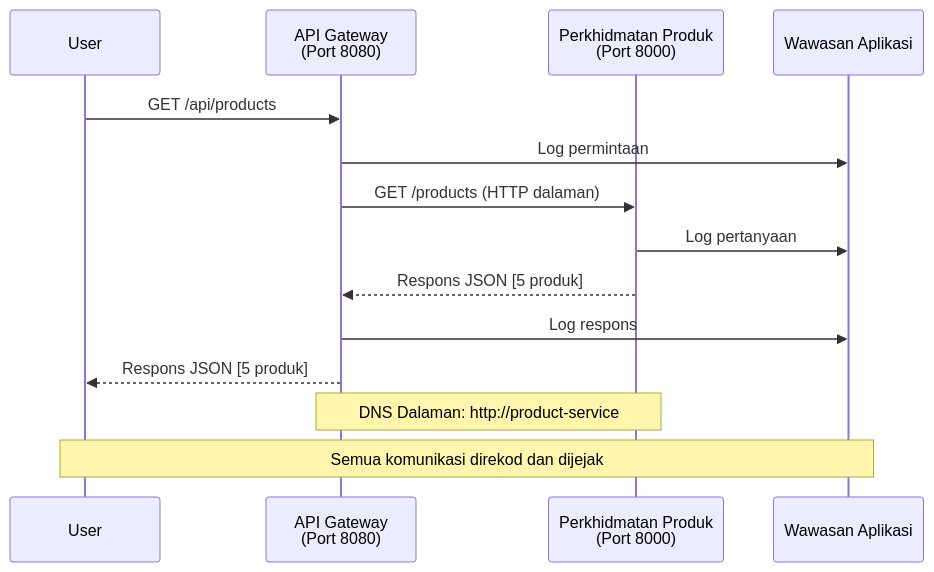
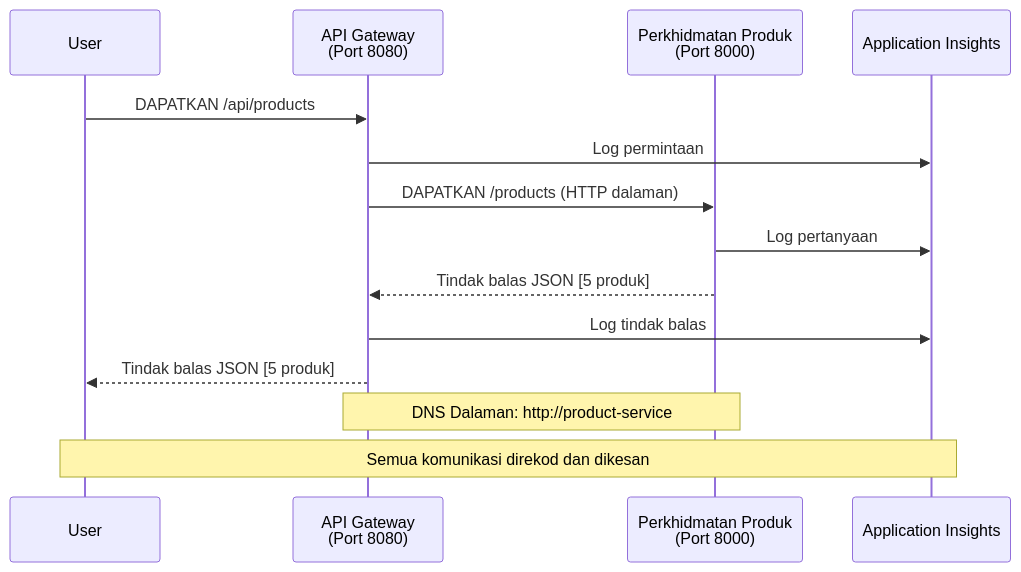
The fourth of 4 diagrams in translations/ms/examples/microservices/README.md (microsoft/AZD-for-beginners), drawn with Mermaid before and after one commit. The commit also changed other lines of this file and 242 other files, not shown here.

````diff
--- a/translations/ms/examples/microservices/README.md
+++ b/translations/ms/examples/microservices/README.md
@@ -432,18 +423,18 @@
 ```mermaid
 sequenceDiagram
     participant User
     participant Gateway as API Gateway<br/>(Port 8080)
     participant Product as Perkhidmatan Produk<br/>(Port 8000)
-    participant AI as Wawasan Aplikasi
+    participant AI as Application Insights
     
-    User->>Gateway: GET /api/products
+    User->>Gateway: DAPATKAN /api/products
     Gateway->>AI: Log permintaan
-    Gateway->>Product: GET /products (HTTP dalaman)
+    Gateway->>Product: DAPATKAN /products (HTTP dalaman)
     Product->>AI: Log pertanyaan
-    Product-->>Gateway: Respons JSON [5 produk]
-    Gateway->>AI: Log respons
-    Gateway-->>User: Respons JSON [5 produk]
+    Product-->>Gateway: Tindak balas JSON [5 produk]
+    Gateway->>AI: Log tindak balas
+    Gateway-->>User: Tindak balas JSON [5 produk]
     
     Note over Gateway,Product: DNS Dalaman: http://product-service
-    Note over User,AI: Semua komunikasi direkod dan dijejak
+    Note over User,AI: Semua komunikasi direkod dan dikesan
 ```
````
